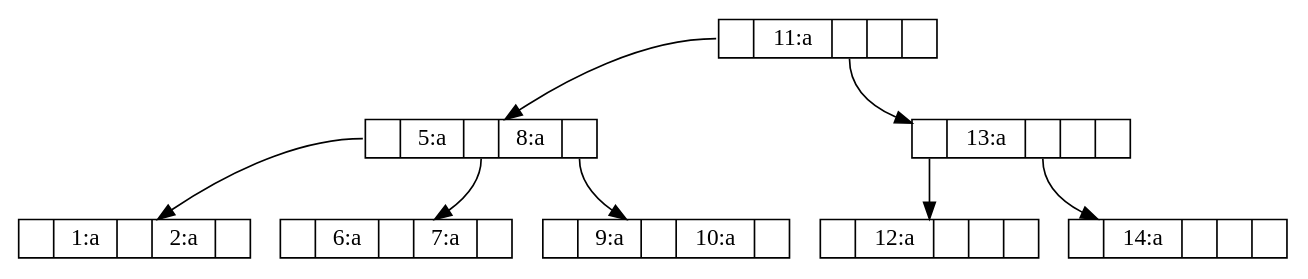
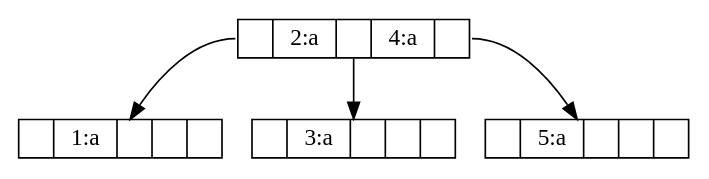
Before and after one commit to WasmVM/wvmcc: the diagram in misc/out.dot, drawn with Graphviz. The commit also changed 3 other files, not shown here.

```diff
--- a/misc/out.dot
+++ b/misc/out.dot
@@ -1,18 +1,10 @@
 digraph{node [shape = record,height=.1];
-node162[label = "<f0> |11:a|<f1> | |<f2>"];
-node163[label = "<f0> |5:a|<f1> |8:a|<f2>"];
-node164[label = "<f0> |1:a|<f1> |2:a|<f2>"];
-"node163":f0 -> "node164";
-node165[label = "<f0> |6:a|<f1> |7:a|<f2>"];
-"node163":f1 -> "node165";
-node166[label = "<f0> |9:a|<f1> |10:a|<f2>"];
-"node163":f2 -> "node166";
-"node162":f0 -> "node163";
-node167[label = "<f0> |13:a|<f1> | |<f2>"];
-node168[label = "<f0> |12:a|<f1> | |<f2>"];
-"node167":f0 -> "node168";
-node169[label = "<f0> |14:a|<f1> | |<f2>"];
-"node167":f1 -> "node169";
-"node162":f1 -> "node167";
+node8[label = "<f0> |2:a|<f1> |4:a|<f2>"];
+node9[label = "<f0> |1:a|<f1> | |<f2>"];
+"node8":f0 -> "node9";
+node10[label = "<f0> |3:a|<f1> | |<f2>"];
+"node8":f1 -> "node10";
+node11[label = "<f0> |5:a|<f1> | |<f2>"];
+"node8":f2 -> "node11";
 
 }
```
